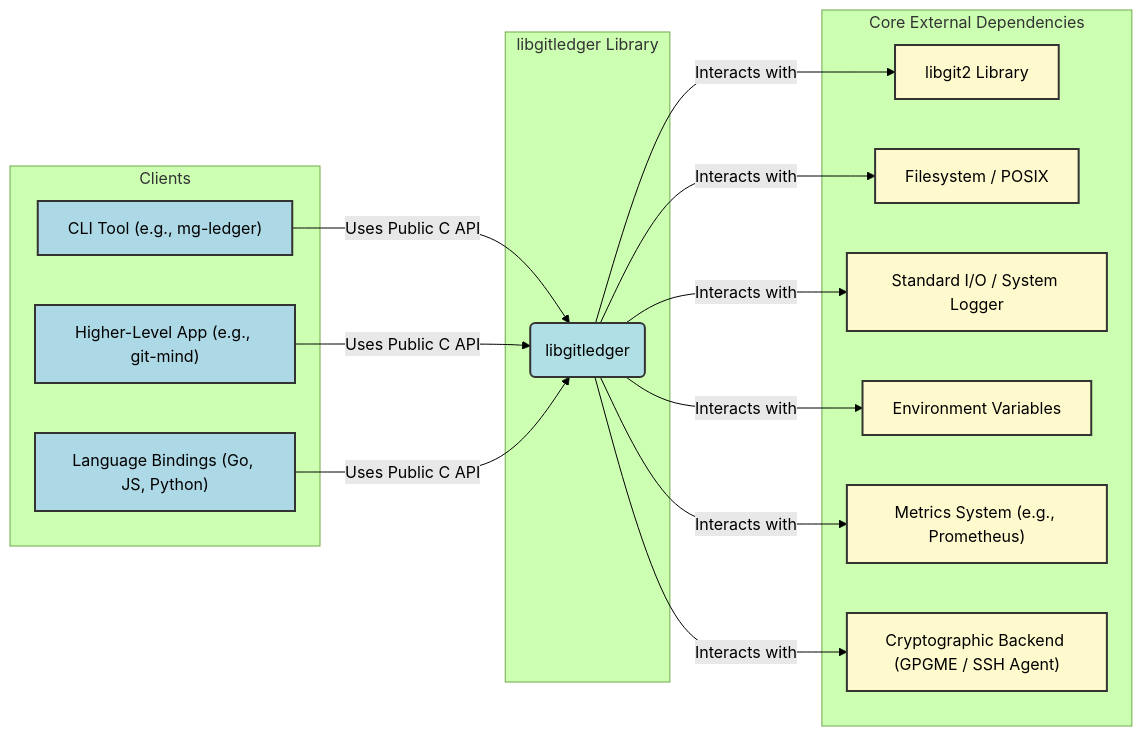
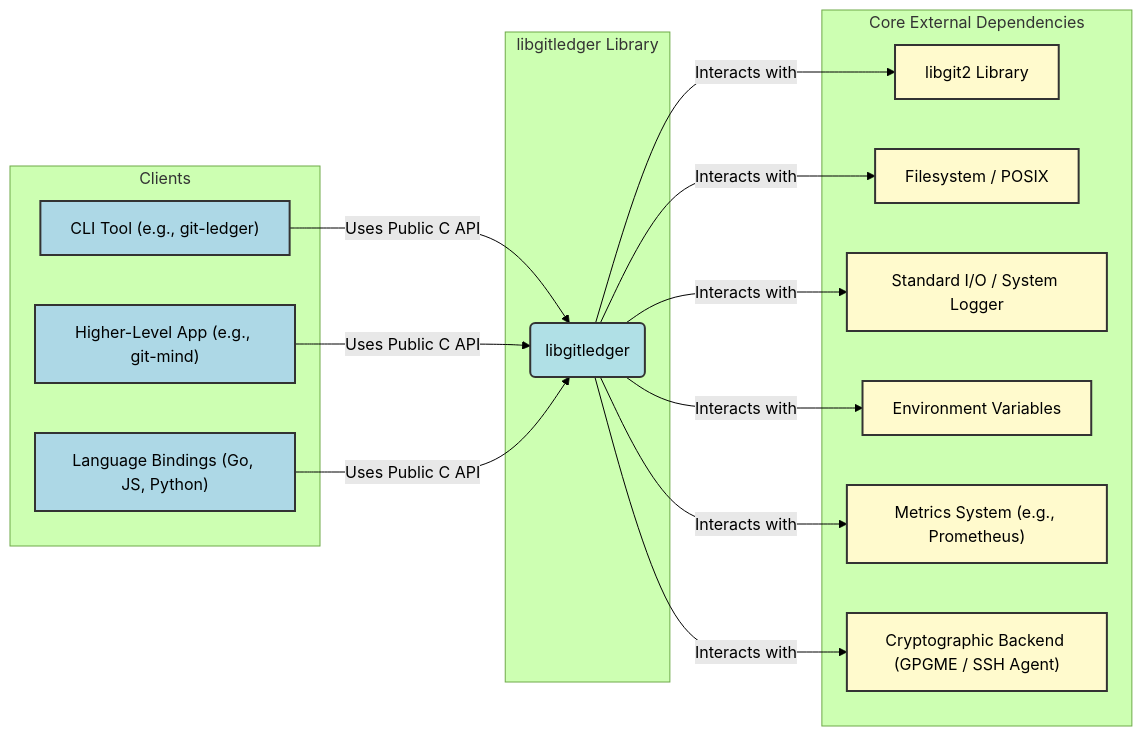
The second of 4 diagrams in docs/SPEC.md (flyingrobots/libgitledger), drawn with Mermaid (forest theme) before and after one commit. The commit also changed other lines of this file and 5 other files, not shown here.

Commit message:
docs: rename 'mg-ledger' to 'git-ledger'

````diff
--- a/docs/SPEC.md
+++ b/docs/SPEC.md
@@ -247,43 +247,43 @@
 ```mermaid
 graph LR
     subgraph "Clients"
-        A["CLI Tool (e.g., mg-ledger)"]
+        A["CLI Tool (e.g., git-ledger)"]
         B["Higher-Level App (e.g., git-mind)"]
         C["Language Bindings (Go, JS, Python)"]
     end
 
     subgraph "libgitledger Library"
         LGL(libgitledger)
     end
 
     subgraph "Core External Dependencies"
         D[libgit2 Library]
         E[Filesystem / POSIX]
         F[Standard I/O / System Logger]
         G[Environment Variables]
         H["Metrics System (e.g., Prometheus)"]
         I["Cryptographic Backend (GPGME / SSH Agent)"]
     end
 
     A -- "Uses Public C API" --> LGL
     B -- "Uses Public C API" --> LGL
     C -- "Uses Public C API" --> LGL
 
     LGL -- "Interacts with" --> D
     LGL -- "Interacts with" --> E
     LGL -- "Interacts with" --> F
     LGL -- "Interacts with" --> G
     LGL -- "Interacts with" --> H
     LGL -- "Interacts with" --> I
 
     style LGL fill:#B0E0E6,stroke:#333,stroke-width:2px
     style A fill:#ADD8E6,stroke:#333,stroke-width:2px
     style B fill:#ADD8E6,stroke:#333,stroke-width:2px
     style C fill:#ADD8E6,stroke:#333,stroke-width:2px
     style D fill:#FFFACD,stroke:#333,stroke-width:2px
     style E fill:#FFFACD,stroke:#333,stroke-width:2px
     style F fill:#FFFACD,stroke:#333,stroke-width:2px
     style G fill:#FFFACD,stroke:#333,stroke-width:2px
     style H fill:#FFFACD,stroke:#333,stroke-width:2px
     style I fill:#FFFACD,stroke:#333,stroke-width:2px
 ```
````
